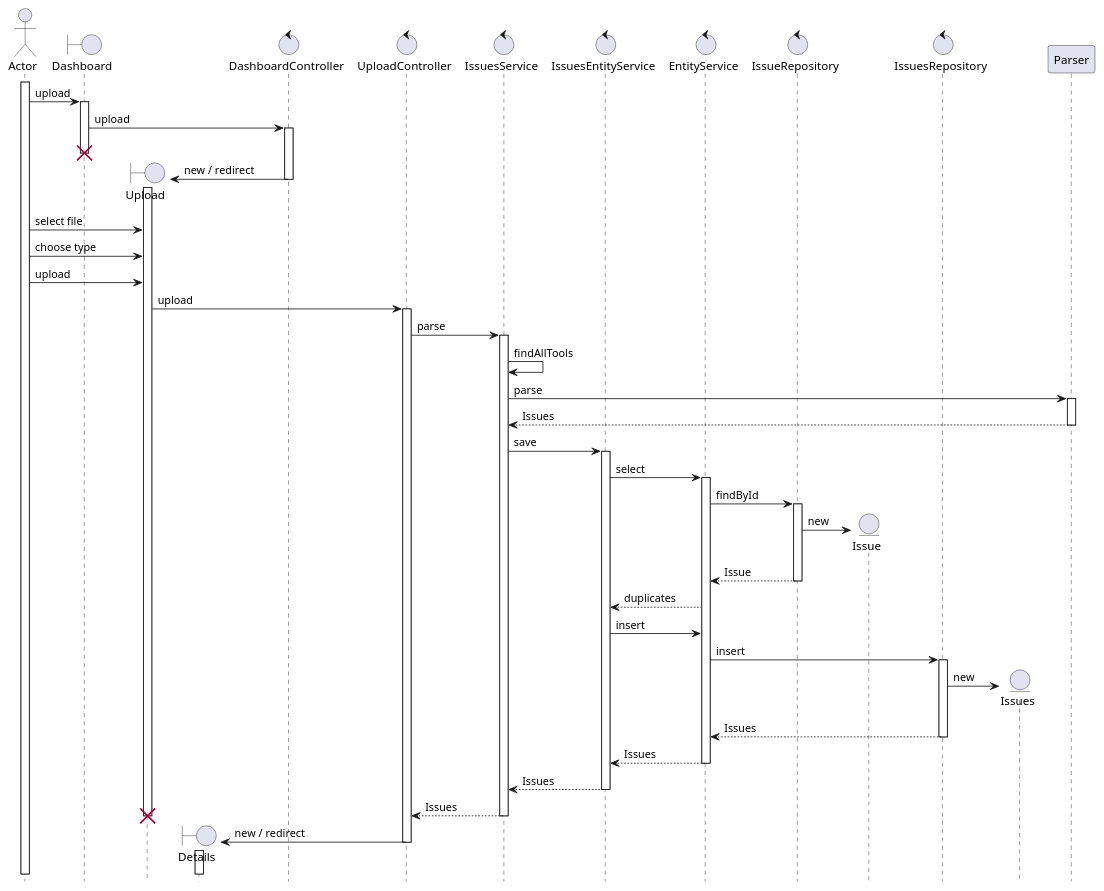
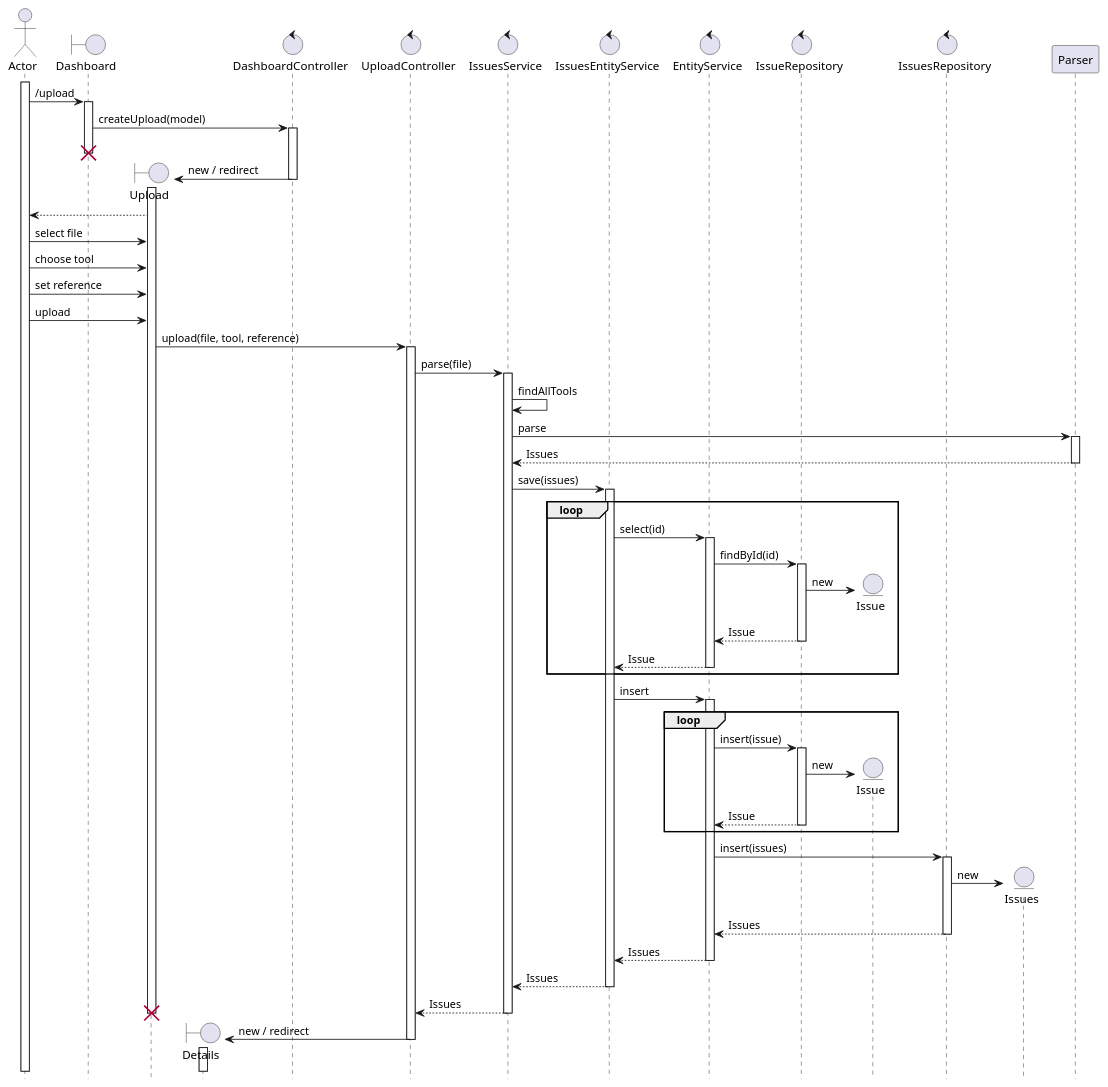
One commit to uhafner/static-analysis-dashboard changed the diagram in doc/assignment4/upload.puml. Above: the diagram before and after it, drawn with PlantUML. The commit also changed 1 other file, not shown here.

Commit message:
Refined sequence diagrams.

```diff
--- a/doc/assignment4/upload.puml
+++ b/doc/assignment4/upload.puml
@@ -1,90 +1,114 @@
 @startuml
 
 hide footbox
 
 actor Actor
 activate Actor
 
 boundary Dashboard
 boundary Upload
 boundary Details
 
 control DashboardController
 control UploadController
 control IssuesService
 control IssuesEntityService
 control EntityService
 control IssueRepository
 entity Issue
 control IssuesRepository
 entity Issues
 
-Actor -> Dashboard: upload
+Actor -> Dashboard: /upload
 activate Dashboard
 
-Dashboard -> DashboardController : upload
+Dashboard -> DashboardController : createUpload(model)
 activate DashboardController
 destroy Dashboard
 
 create Upload
 DashboardController -> Upload: new / redirect
 activate Upload
 deactivate DashboardController
 
+Actor <-- Upload
+
 Actor -> Upload: select file
-Actor -> Upload: choose type
+Actor -> Upload: choose tool
+Actor -> Upload: set reference
 Actor -> Upload: upload
 
-Upload -> UploadController: upload
+Upload -> UploadController: upload(file, tool, reference)
 activate UploadController
 
-UploadController -> IssuesService: parse
+UploadController -> IssuesService: parse(file)
 activate IssuesService
 IssuesService -> IssuesService : findAllTools
 IssuesService -> Parser : parse
 activate Parser
 IssuesService <-- Parser : Issues
 deactivate Parser
 
-IssuesService -> IssuesEntityService : save
+IssuesService -> IssuesEntityService : save(issues)
 activate IssuesEntityService
-IssuesEntityService -> EntityService : select
+
+loop
+
+    IssuesEntityService -> EntityService : select(id)
+    activate EntityService
+    
+    EntityService -> IssueRepository : findById(id)
+    activate IssueRepository
+    
+    create Issue
+    IssueRepository -> Issue : new
+    EntityService <-- IssueRepository : Issue
+    deactivate IssueRepository
+    
+    IssuesEntityService <-- EntityService : Issue
+    deactivate EntityService
+
+end
+
+IssuesEntityService -> EntityService : insert
+
 activate EntityService
 
-EntityService -> IssueRepository : findById
+
+loop
+EntityService -> IssueRepository : insert(issue)
 activate IssueRepository
+    
+    create Issue
+    IssueRepository -> Issue : new
+    EntityService <-- IssueRepository : Issue
+    deactivate IssueRepository
+    
+end
 
-create Issue
-IssueRepository -> Issue : new
-EntityService <-- IssueRepository : Issue
-deactivate IssueRepository
-
-IssuesEntityService <-- EntityService : duplicates
-
-IssuesEntityService -> EntityService : insert
-EntityService -> IssuesRepository : insert
+EntityService -> IssuesRepository : insert(issues)
 activate IssuesRepository
 
 create Issues
 IssuesRepository -> Issues : new
 EntityService <-- IssuesRepository : Issues
 deactivate IssuesRepository
 
 IssuesEntityService <-- EntityService : Issues
 deactivate EntityService
 IssuesService <-- IssuesEntityService : Issues
 deactivate IssuesEntityService
 
 UploadController <-- IssuesService: Issues
 deactivate IssuesService
 
 destroy Upload
 
 create Details
 UploadController -> Details: new / redirect
 activate Details
 
 deactivate UploadController
 
 
 @enduml
```
